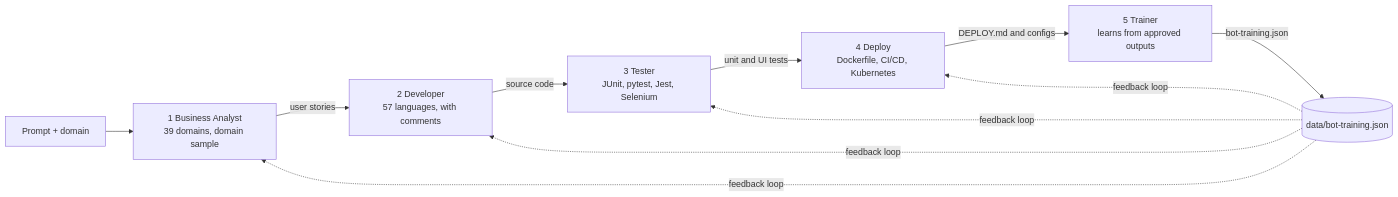
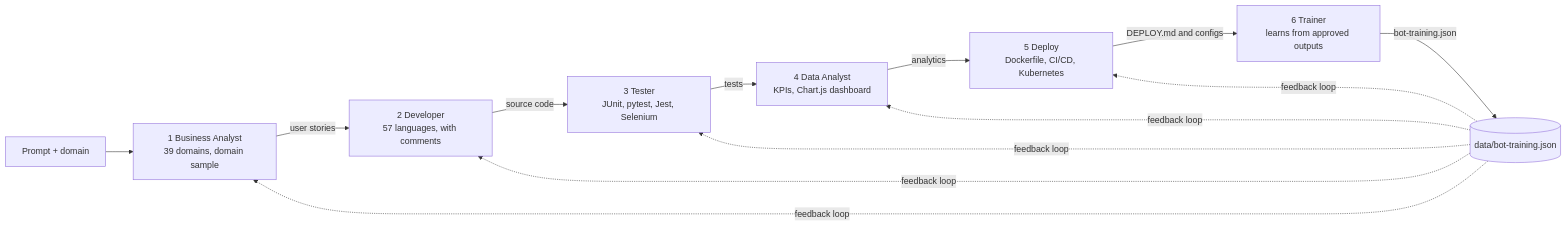
One commit to manasa123104/agentic-ai-chatbot changed the first of 2 diagrams in README.md. Above: the diagram before and after it, drawn with Mermaid. The commit also changed other lines of this file and 21 other files, not shown here.

First line of the commit message:
Add MCP endpoint and guardrails; insert Data Analyst stage.

````diff
--- a/README.md
+++ b/README.md
@@ -18,13 +18,15 @@
 ```mermaid
 flowchart LR
     P["Prompt + domain"] --> BA
     BA["1 Business Analyst<br/>39 domains, domain sample"] -->|"user stories"| DEV
     DEV["2 Developer<br/>57 languages, with comments"] -->|"source code"| TEST
-    TEST["3 Tester<br/>JUnit, pytest, Jest, Selenium"] -->|"unit and UI tests"| DEP
-    DEP["4 Deploy<br/>Dockerfile, CI/CD, Kubernetes"] -->|"DEPLOY.md and configs"| TR
-    TR["5 Trainer<br/>learns from approved outputs"] -->|"bot-training.json"| STORE[("data/bot-training.json")]
+    TEST["3 Tester<br/>JUnit, pytest, Jest, Selenium"] -->|"tests"| DA
+    DA["4 Data Analyst<br/>KPIs, Chart.js dashboard"] -->|"analytics"| DEP
+    DEP["5 Deploy<br/>Dockerfile, CI/CD, Kubernetes"] -->|"DEPLOY.md and configs"| TR
+    TR["6 Trainer<br/>learns from approved outputs"] -->|"bot-training.json"| STORE[("data/bot-training.json")]
     STORE -.->|"feedback loop"| BA
     STORE -.->|"feedback loop"| DEV
     STORE -.->|"feedback loop"| TEST
+    STORE -.->|"feedback loop"| DA
     STORE -.->|"feedback loop"| DEP
 ```
````
